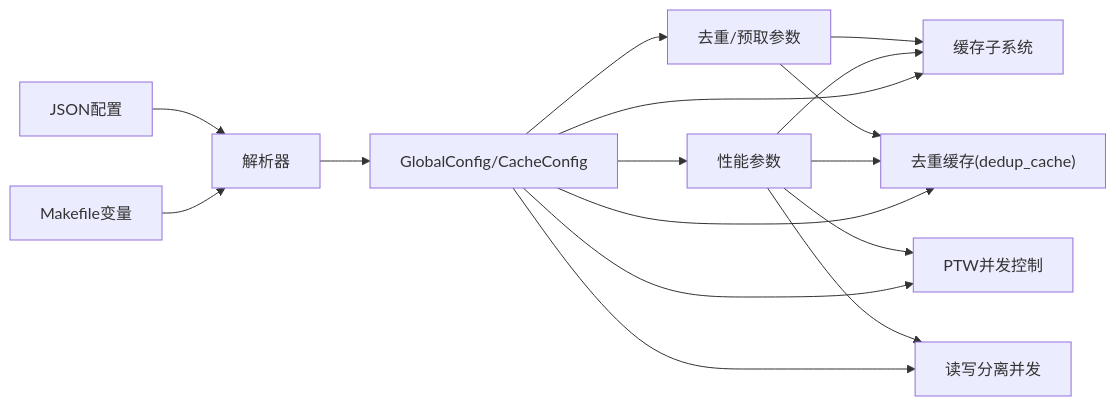
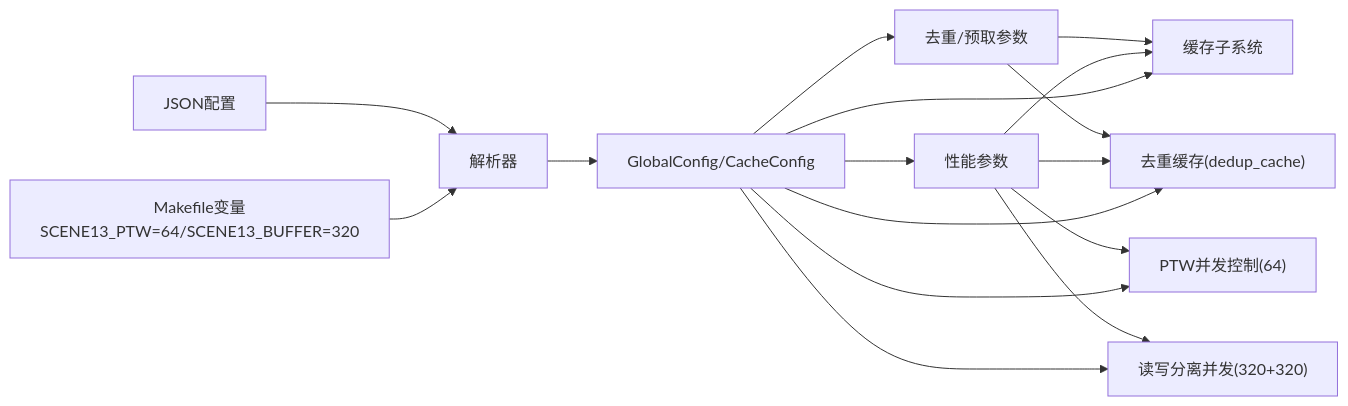
One commit to jiangjiang1122/iommu_model_20260401_v1 changed the fourth of 4 diagrams in .qoder/repowiki/zh/content/配置与参数/配置与参数.md. Above: the diagram before and after it, drawn with Mermaid. The commit also changed other lines of this file and 55 other files, not shown here.

````diff
--- a/.qoder/repowiki/zh/content/配置与参数/配置与参数.md
+++ b/.qoder/repowiki/zh/content/配置与参数/配置与参数.md
@@ -361,18 +361,18 @@
 ```mermaid
 graph LR
-M["Makefile变量"] --> P["解析器"]
+M["Makefile变量<br/>SCENE13_PTW=64/SCENE13_BUFFER=320"] --> P["解析器"]
 J["JSON配置"] --> P
 P --> T["GlobalConfig/CacheConfig"]
 T --> C["缓存子系统"]
 T --> D["去重缓存(dedup_cache)"]
 T --> PF["性能参数"]
 T --> DD["去重/预取参数"]
-T --> W["PTW并发控制"]
-T --> R["读写分离并发"]
+T --> W["PTW并发控制(64)"]
+T --> R["读写分离并发(320+320)"]
 PF --> C
 PF --> D
 PF --> W
 PF --> R
 DD --> C
 DD --> D
 ```
````
